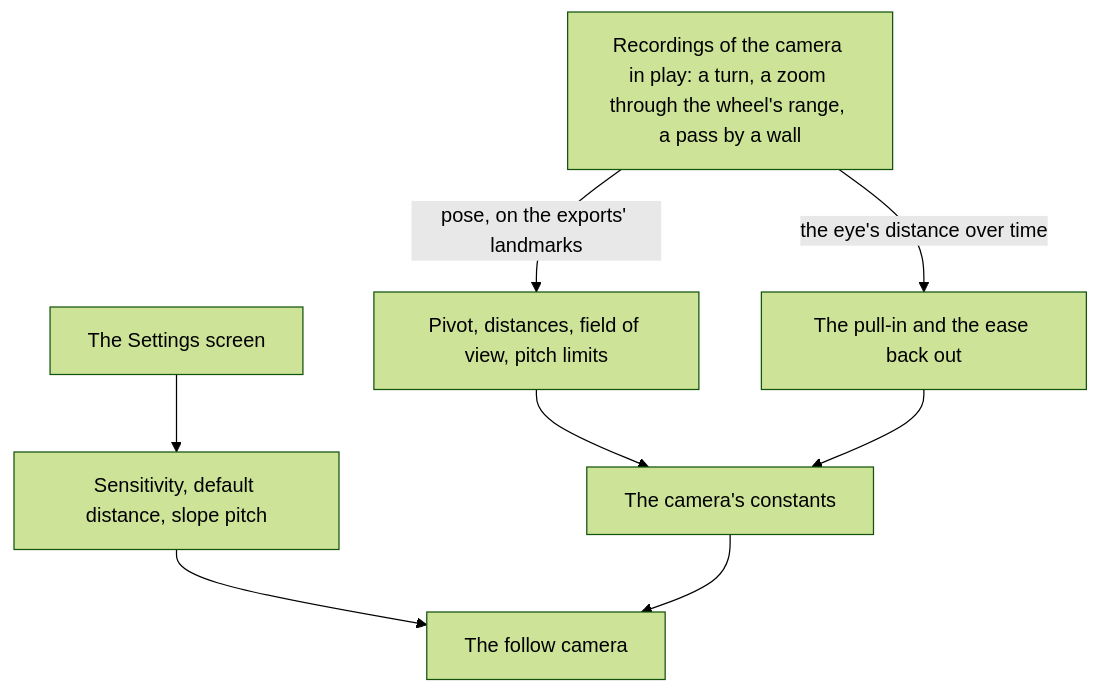
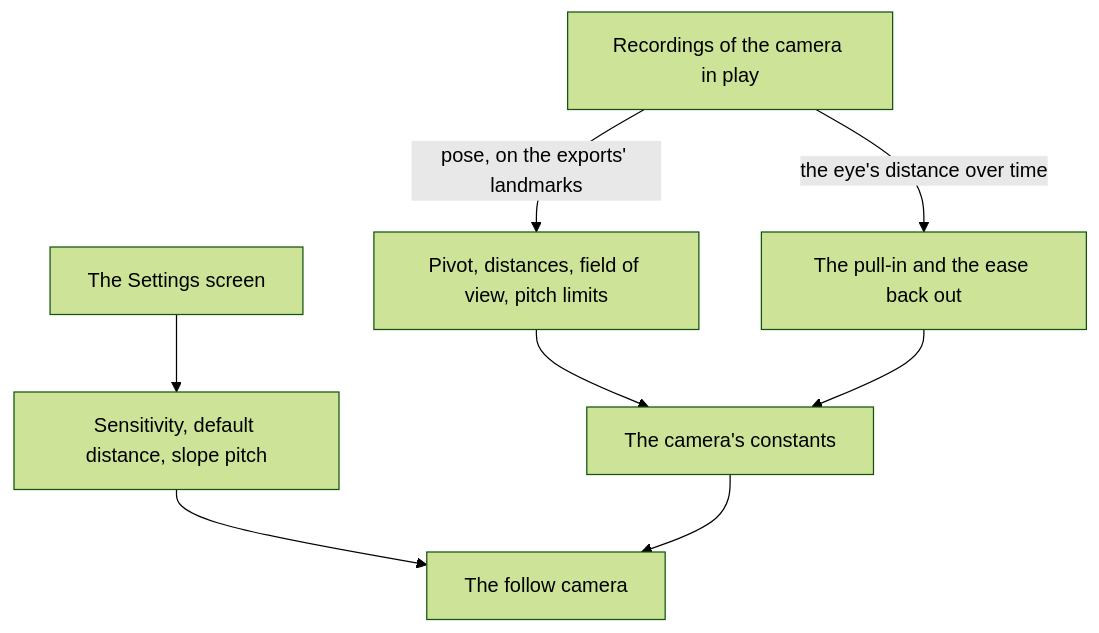
The diagram in apps/web/content/docs/proposals/genshin/follow-camera.md (Esposter/Esposter), drawn with Mermaid (forest theme) before and after one commit. The commit also changed 1 other file, not shown here.

Commit message:
docs(genshin): the area index links the region kits' pages and terrain shape height, and the follow camera proposal's diagram label is a name

````diff
--- a/apps/web/content/docs/proposals/genshin/follow-camera.md
+++ b/apps/web/content/docs/proposals/genshin/follow-camera.md
@@ -18,10 +18,10 @@
 ```mermaid
 flowchart TD
-  REC["Recordings of the camera in play: a turn, a zoom through the wheel's range, a pass by a wall"] -->|"pose, on the exports' landmarks"| POSE["Pivot, distances, field of view, pitch limits"]
+  REC["Recordings of the camera in play"] -->|"pose, on the exports' landmarks"| POSE["Pivot, distances, field of view, pitch limits"]
   REC -->|"the eye's distance over time"| EASE["The pull-in and the ease back out"]
   SET["The Settings screen"] --> USER["Sensitivity, default distance, slope pitch"]
   POSE --> CONST["The camera's constants"]
   EASE --> CONST
   USER --> CAM["The follow camera"]
   CONST --> CAM
 ```
````
